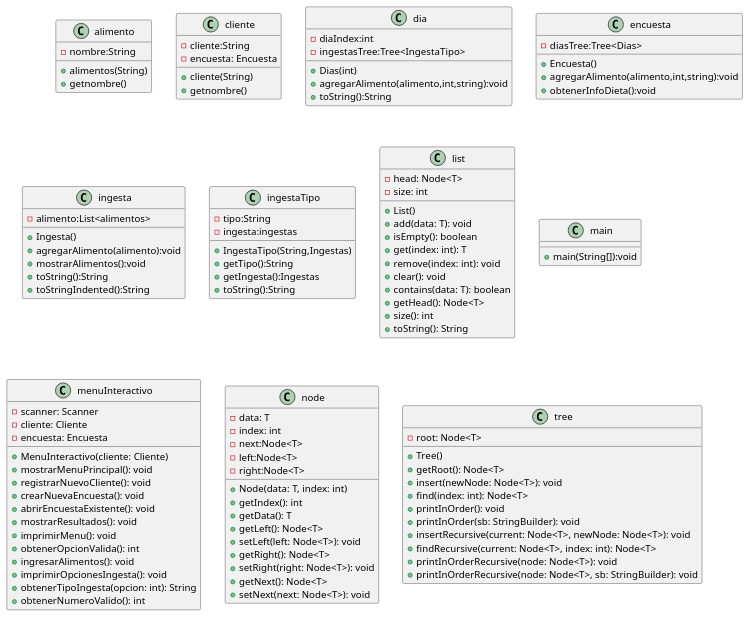
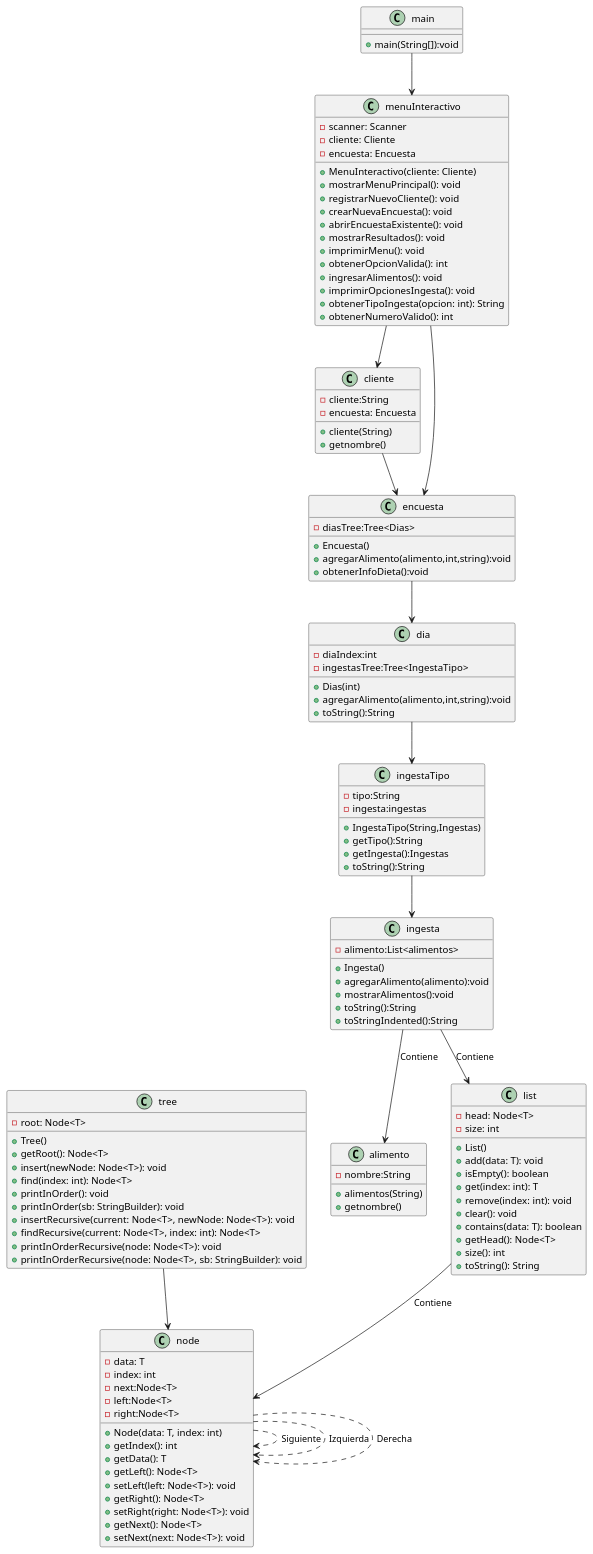
The diagram in entregas/diegoBarraza/ExamenFinal/DocumentacionExamenFinal.puml (mmasias/23-24-eda1), drawn with PlantUML before and after one commit.

Commit message:
terminada la documentacion de el examen final

```diff
--- a/entregas/diegoBarraza/ExamenFinal/DocumentacionExamenFinal.puml
+++ b/entregas/diegoBarraza/ExamenFinal/DocumentacionExamenFinal.puml
@@ -1,122 +1,136 @@
 @startuml
 class alimento
 class cliente 
 class dia 
 class encuesta 
 class ingesta
 class ingestaTipo
 class list 
 class main 
 class menuInteractivo
 class node 
 class tree 
 
 class cliente{
     -cliente:String
     -encuesta: Encuesta
     +cliente(String)
     +getnombre()
 }
 class alimento{
     -nombre:String
     +alimentos(String)
     +getnombre()
     }
 class dia{
     -diaIndex:int
     -ingestasTree:Tree<IngestaTipo>
     +Dias(int)
     +agregarAlimento(alimento,int,string):void
     +toString():String
 
 }
 
 class encuesta{
     -diasTree:Tree<Dias>
     +Encuesta()
     +agregarAlimento(alimento,int,string):void
     +obtenerInfoDieta():void
 
 }
 class ingesta{
     -alimento:List<alimentos>
     +Ingesta()
     +agregarAlimento(alimento):void
     +mostrarAlimentos():void
     +toString():String
     +toStringIndented():String
 
 }
 class ingestaTipo{
     -tipo:String 
     -ingesta:ingestas
     +IngestaTipo(String,Ingestas)
     +getTipo():String
     +getIngesta():Ingestas
     +toString():String
 }
 class list{
     -head: Node<T>
     -size: int
     +List()
     +add(data: T): void
     +isEmpty(): boolean
     +get(index: int): T
     +remove(index: int): void
     +clear(): void
     +contains(data: T): boolean
     +getHead(): Node<T>
     +size(): int
     +toString(): String
 }
 class main{
     +main(String[]):void
 }
 class menuInteractivo{
     -scanner: Scanner
     -cliente: Cliente
     -encuesta: Encuesta
     +MenuInteractivo(cliente: Cliente)
     +mostrarMenuPrincipal(): void
     +registrarNuevoCliente(): void
     +crearNuevaEncuesta(): void
     +abrirEncuestaExistente(): void
     +mostrarResultados(): void
     +imprimirMenu(): void
     +obtenerOpcionValida(): int
     +ingresarAlimentos(): void
     +imprimirOpcionesIngesta(): void
     +obtenerTipoIngesta(opcion: int): String
     +obtenerNumeroValido(): int
 }
 class node{
     -data: T
     -index: int
     -next:Node<T>
     -left:Node<T>
     -right:Node<T>
     +Node(data: T, index: int)
     +getIndex(): int
     +getData(): T
     +getLeft(): Node<T>
     +setLeft(left: Node<T>): void
     +getRight(): Node<T>
     +setRight(right: Node<T>): void
     +getNext(): Node<T>
     +setNext(next: Node<T>): void
 }
 class tree{
     -root: Node<T>
     +Tree()
     +getRoot(): Node<T>
     +insert(newNode: Node<T>): void
     +find(index: int): Node<T>
     +printInOrder(): void
     +printInOrder(sb: StringBuilder): void
     +insertRecursive(current: Node<T>, newNode: Node<T>): void
     +findRecursive(current: Node<T>, index: int): Node<T>
     +printInOrderRecursive(node: Node<T>): void
     +printInOrderRecursive(node: Node<T>, sb: StringBuilder): void
 }
 
+main --> menuInteractivo
+menuInteractivo --> cliente
+menuInteractivo --> encuesta
+cliente --> encuesta
+encuesta --> dia
+dia --> ingestaTipo
+ingestaTipo --> ingesta
+ingesta --> alimento: Contiene
+ingesta --> list: Contiene
+list --> node: Contiene
+node ..> node: Siguiente
+node ..> node: Izquierda
+node ..> node: Derecha
+tree --> node
 @enduml
```
